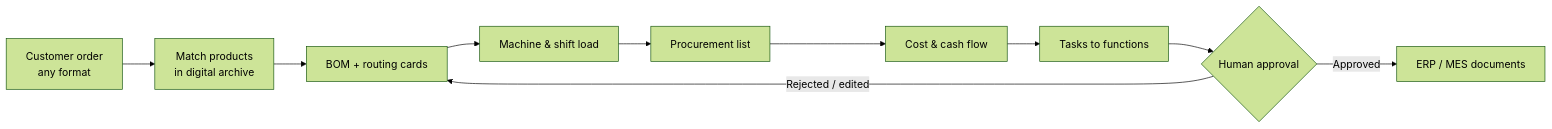
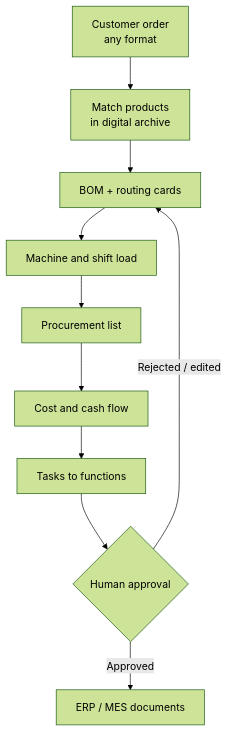
One commit to TelelyukhinIgor/iskra-erp-ai-planning changed the diagram in README.md. Above: the diagram before and after it, drawn with Mermaid (forest theme). The commit also changed other lines of this file and 3 other files, not shown here.

````diff
--- a/README.md
+++ b/README.md
@@ -45,12 +51,12 @@
 ```mermaid
-flowchart LR
+flowchart TB
   A[Customer order<br/>any format] --> B[Match products<br/>in digital archive]
   B --> C[BOM + routing cards]
-  C --> D[Machine & shift load]
+  C --> D[Machine and shift load]
   D --> E[Procurement list]
-  E --> F[Cost & cash flow]
+  E --> F[Cost and cash flow]
   F --> G[Tasks to functions]
   G --> H{Human approval}
   H -->|Approved| I[ERP / MES documents]
   H -->|Rejected / edited| C
 ```
````
